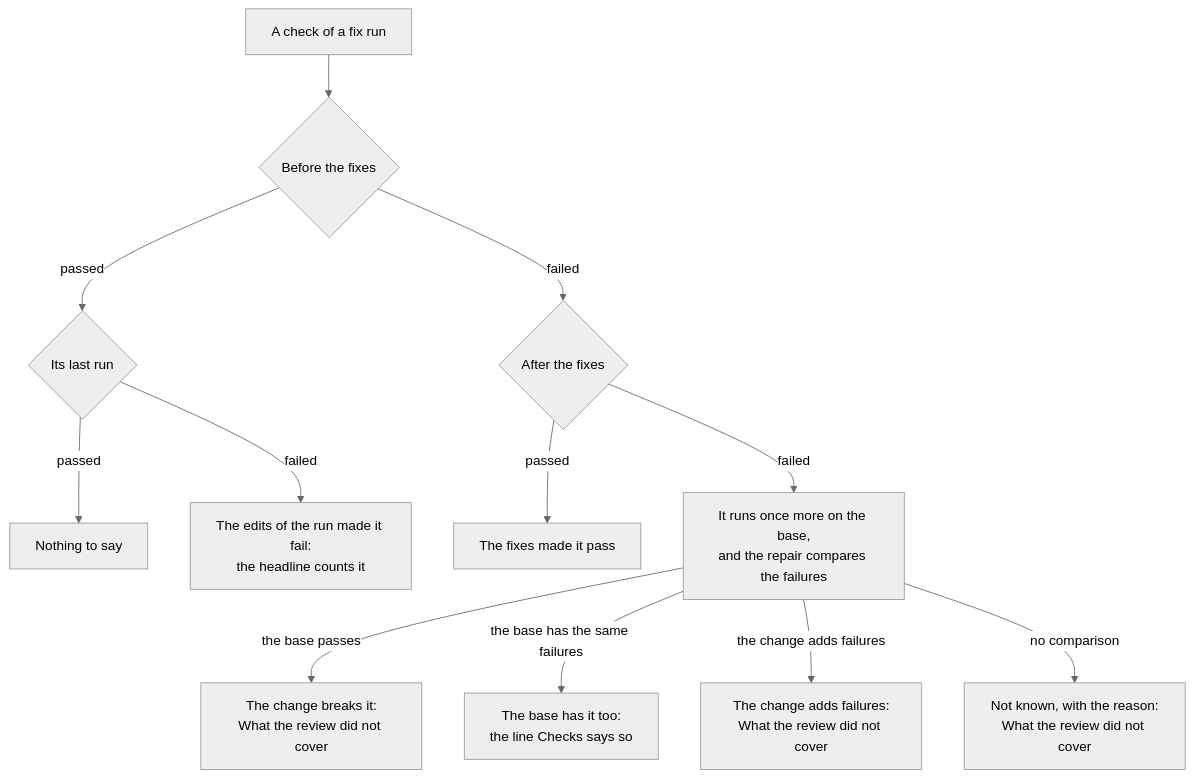
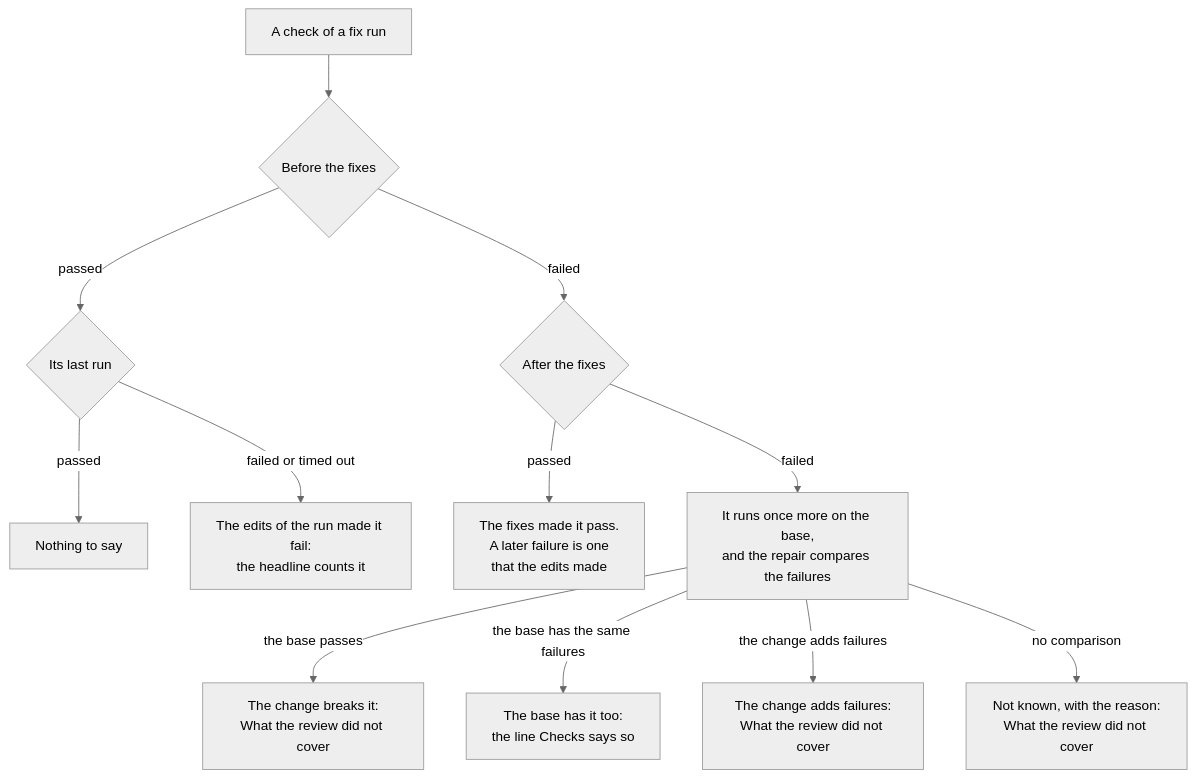
One commit to josephjang/deep-review changed the diagram in docs/changes/2026-10-28-facts-before-a-merge.requirements.md. Above: the diagram before and after it, drawn with Mermaid (neutral theme). The commit also changed other lines of this file and 1 other file, not shown here.

Commit message:
docs(changes): Count a timeout, and an earlier answer pass, as edits
The review found two faults in the rule of R4. It counted only a last
run that failed, so a fix that made a check hang left "its edits made
no check fail" over a check that timed out, though the repair and the
base phase both count a timeout as a failure. And its last sentence,
"a check that failed before the fixes does not count", contradicted
its first paragraph for a check that failed before the fixes, passed
after them and failed after the answers; its list of earlier runs also
left out an earlier answer pass, which the design counts.

R4 and the edits row now count a timeout, name the same earlier runs,
and leave out only a check that has not passed since before the fixes.
Figure 1 and the tests follow.

````diff
--- a/docs/changes/2026-10-28-facts-before-a-merge.requirements.md
+++ b/docs/changes/2026-10-28-facts-before-a-merge.requirements.md
@@ -13,14 +13,14 @@
 ```mermaid
 flowchart TD
     A[A check of a fix run] --> B{Before the fixes}
     B -->|passed| C{Its last run}
     C -->|passed| C1[Nothing to say]
-    C -->|failed| C2[The edits of the run made it fail:<br/>the headline counts it]
+    C -->|failed or timed out| C2[The edits of the run made it fail:<br/>the headline counts it]
     B -->|failed| D{After the fixes}
-    D -->|passed| D1[The fixes made it pass]
+    D -->|passed| D1[The fixes made it pass.<br/>A later failure is one<br/>that the edits made]
     D -->|failed| E[It runs once more on the base,<br/>and the repair compares the failures]
     E -->|the base passes| E1[The change breaks it:<br/>What the review did not cover]
     E -->|the base has the same failures| E2[The base has it too:<br/>the line Checks says so]
     E -->|the change adds failures| E3[The change adds failures:<br/>What the review did not cover]
     E -->|no comparison| E4[Not known, with the reason:<br/>What the review did not cover]
 ```
````
